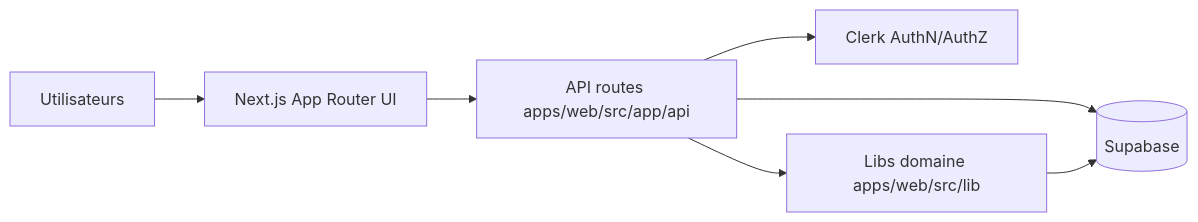
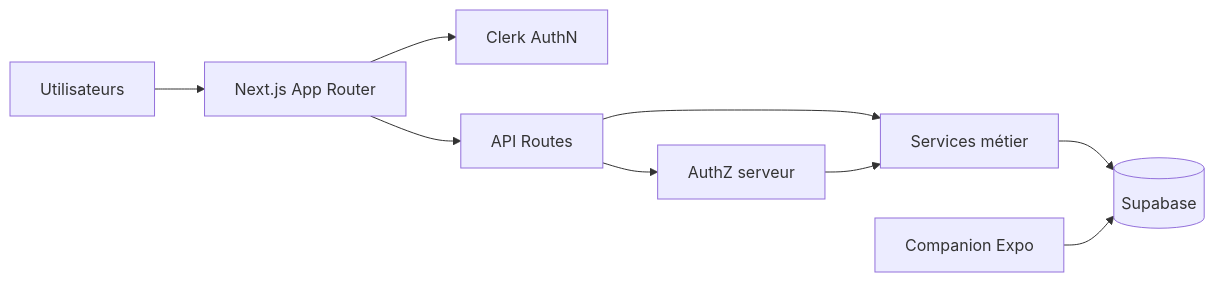
Before and after one commit to maxd4/CleanmyMap: the first of 3 diagrams in documentation/architecture/system-overview.md, drawn with Mermaid. The commit also changed other lines of this file and 58 other files, not shown here.

````diff
--- a/documentation/architecture/system-overview.md
+++ b/documentation/architecture/system-overview.md
@@ -4,9 +5,11 @@
 ```mermaid
 flowchart LR
-  U[Utilisateurs] --> UI[Next.js App Router UI]
-  UI --> API[API routes apps/web/src/app/api]
-  API --> AUTH[Clerk AuthN/AuthZ]
-  API --> DB[(Supabase)]
-  API --> DOM[Libs domaine apps/web/src/lib]
-  DOM --> DB
+  U[Utilisateurs] --> WEB[Next.js App Router]
+  WEB --> CLERK[Clerk AuthN]
+  WEB --> API[API Routes]
+  API --> AUTHZ[AuthZ serveur]
+  API --> DOMAIN[Services métier]
+  AUTHZ --> DOMAIN
+  DOMAIN --> SB[(Supabase)]
+  MOBILE[Companion Expo] --> SB
 ```
````
